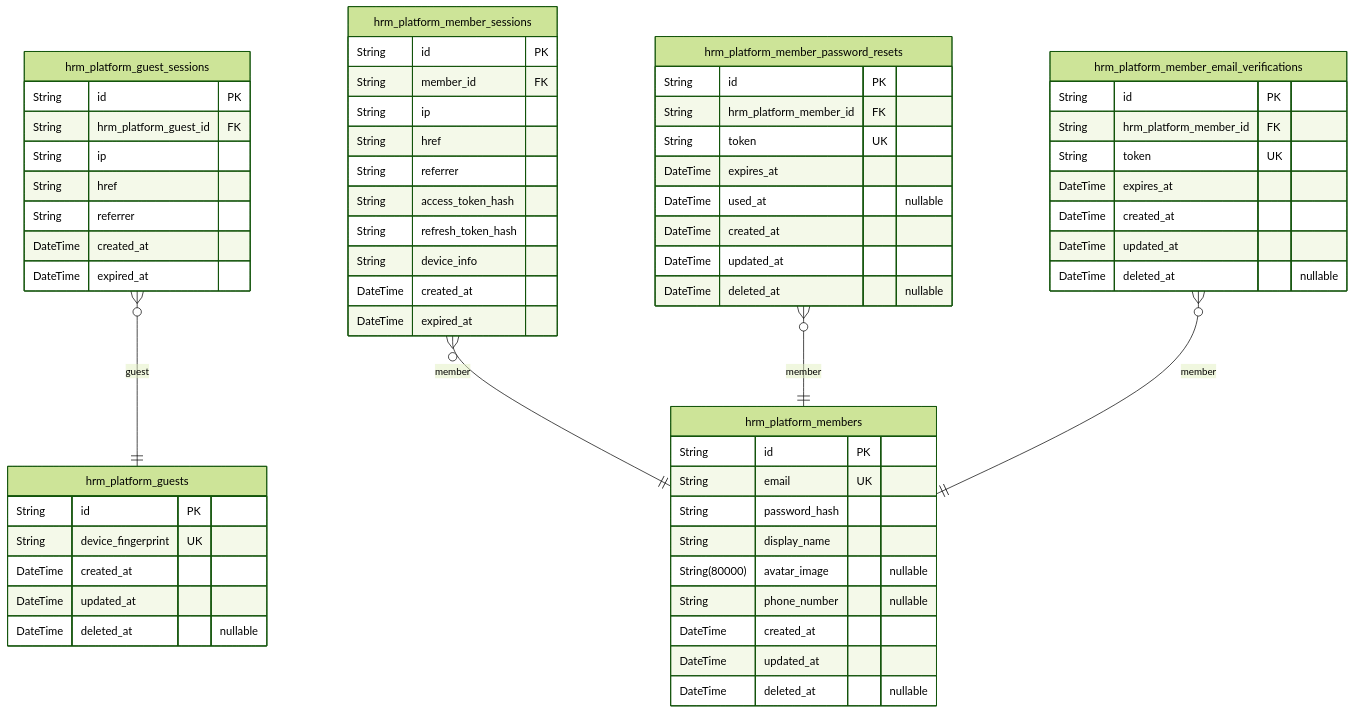
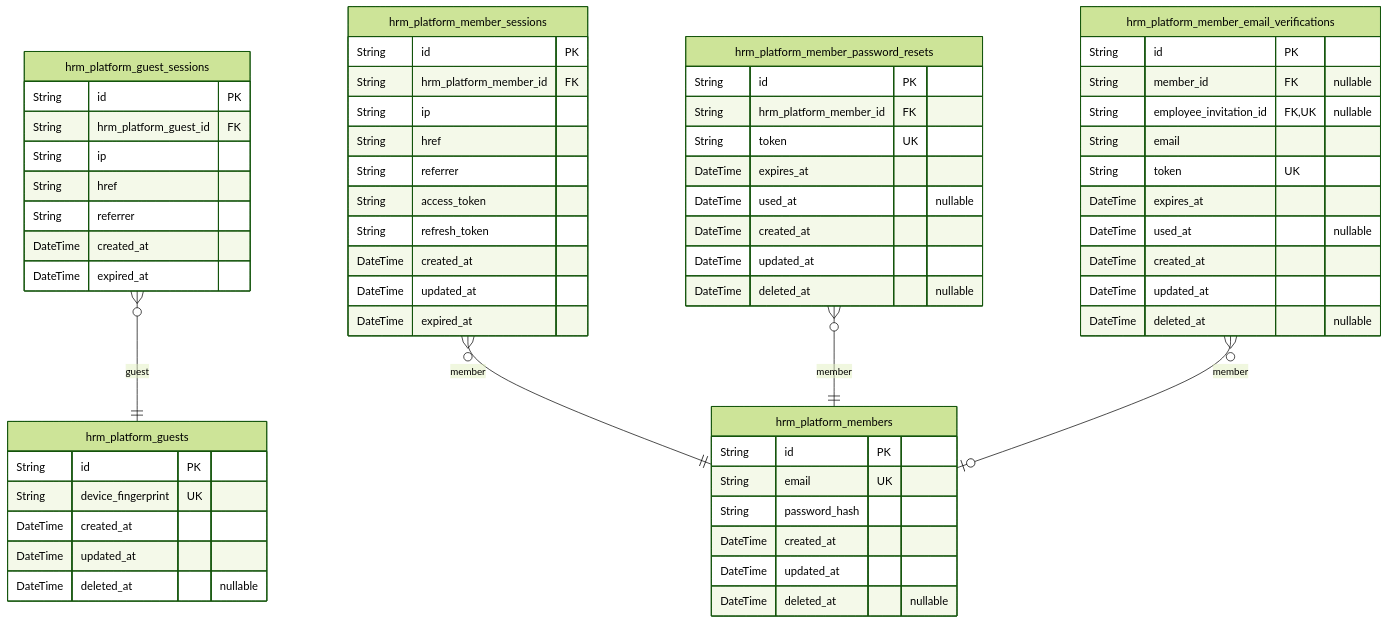
The first of 8 diagrams in qwen/qwen3.5-397b-a17b/erp/docs/ERD.md (wrtnlabs/autobe-examples), drawn with Mermaid (forest theme) before and after one commit. The commit also changed other lines of this file and 32093 other files, not shown here.

````diff
--- a/qwen/qwen3.5-397b-a17b/erp/docs/ERD.md
+++ b/qwen/qwen3.5-397b-a17b/erp/docs/ERD.md
@@ -14,65 +16,65 @@
 ```mermaid
 erDiagram
 "hrm_platform_guests" {
   String id PK
   String device_fingerprint UK
   DateTime created_at
   DateTime updated_at
   DateTime deleted_at "nullable"
 }
 "hrm_platform_guest_sessions" {
   String id PK
   String hrm_platform_guest_id FK
   String ip
   String href
   String referrer
   DateTime created_at
   DateTime expired_at
 }
 "hrm_platform_members" {
   String id PK
   String email UK
   String password_hash
-  String display_name
-  String(80000) avatar_image "nullable"
-  String phone_number "nullable"
   DateTime created_at
   DateTime updated_at
   DateTime deleted_at "nullable"
 }
 "hrm_platform_member_sessions" {
   String id PK
-  String member_id FK
+  String hrm_platform_member_id FK
   String ip
   String href
   String referrer
-  String access_token_hash
-  String refresh_token_hash
-  String device_info
+  String access_token
+  String refresh_token
   DateTime created_at
+  DateTime updated_at
   DateTime expired_at
 }
 "hrm_platform_member_password_resets" {
   String id PK
   String hrm_platform_member_id FK
   String token UK
   DateTime expires_at
   DateTime used_at "nullable"
   DateTime created_at
   DateTime updated_at
   DateTime deleted_at "nullable"
 }
 "hrm_platform_member_email_verifications" {
   String id PK
-  String hrm_platform_member_id FK
+  String member_id FK "nullable"
+  String employee_invitation_id FK,UK "nullable"
+  String email
   String token UK
   DateTime expires_at
+  DateTime used_at "nullable"
   DateTime created_at
   DateTime updated_at
   DateTime deleted_at "nullable"
 }
 "hrm_platform_guest_sessions" }o--|| "hrm_platform_guests" : guest
 "hrm_platform_member_sessions" }o--|| "hrm_platform_members" : member
 "hrm_platform_member_password_resets" }o--|| "hrm_platform_members" : member
-"hrm_platform_member_email_verifications" }o--|| "hrm_platform_members" : member
+"hrm_platform_member_email_verifications" }o--o| "hrm_platform_members" : member
 ```
````
